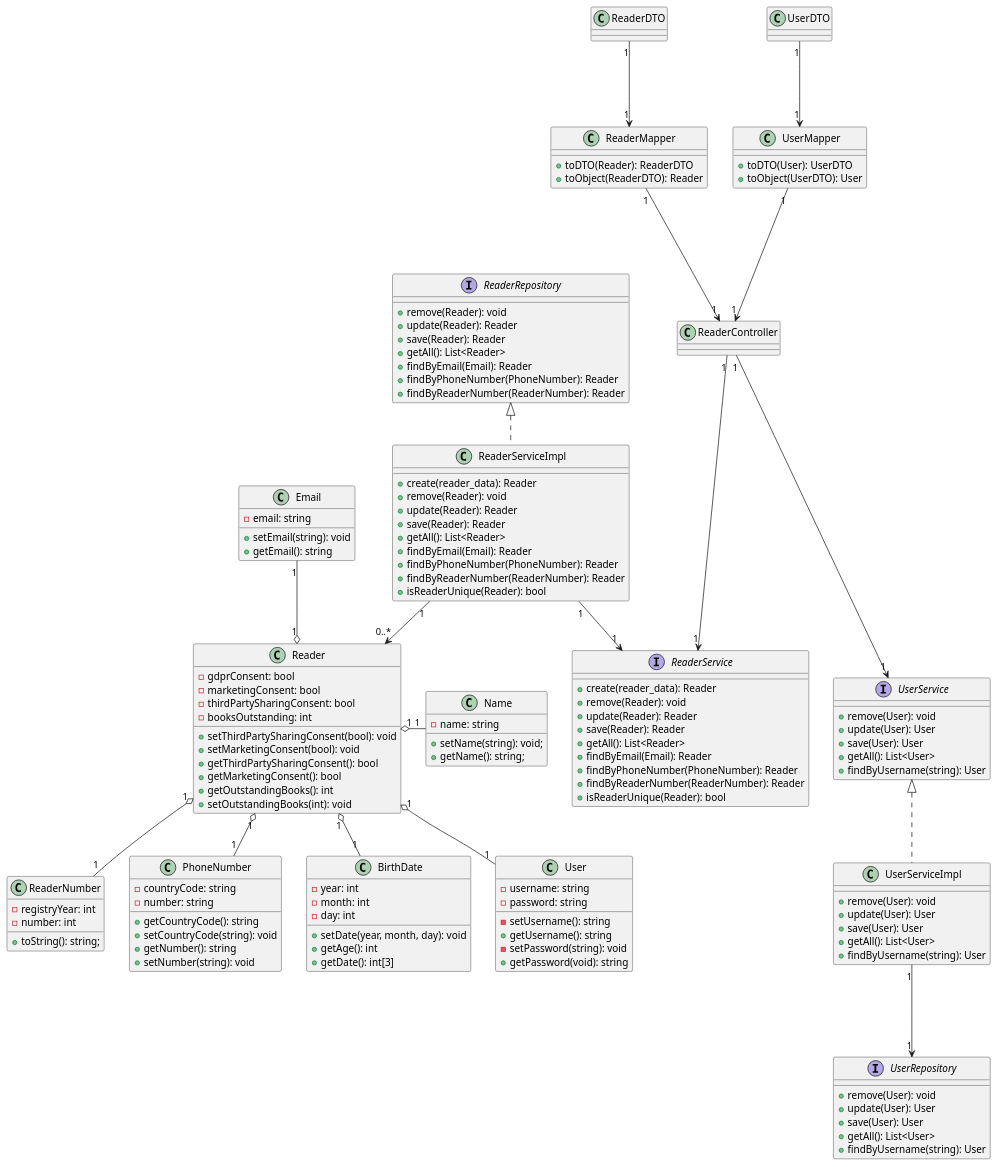
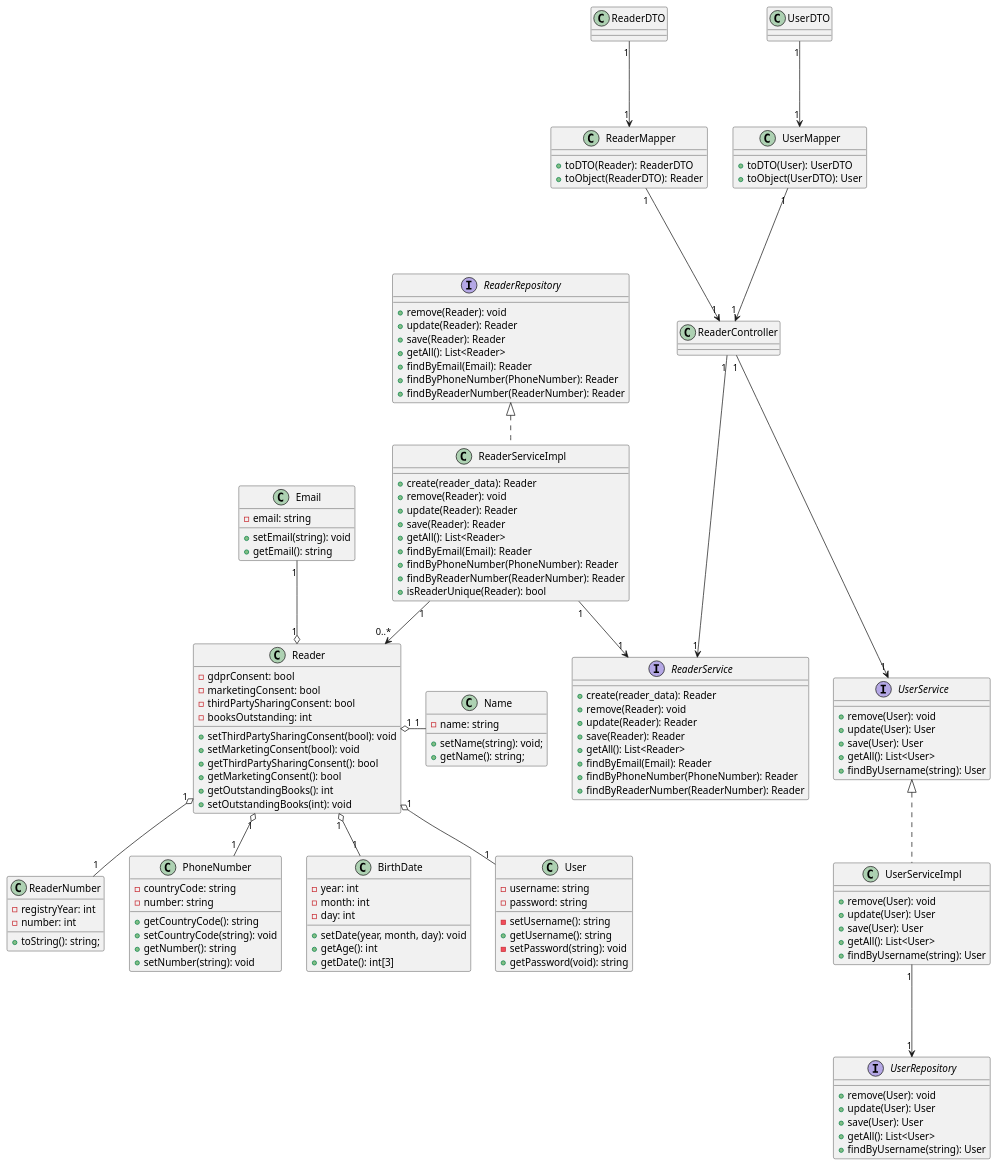
The diagram in Docs/Phase1/WP3A-Readers/WP3A-Readers-CD.puml (rutemf/1220944_1220772_G01), drawn with PlantUML before and after one commit. The commit also changed 4 other files, not shown here.

Commit message:
Update to class diagram and beginning of ReaderRepository development

```diff
--- a/Docs/Phase1/WP3A-Readers/WP3A-Readers-CD.puml
+++ b/Docs/Phase1/WP3A-Readers/WP3A-Readers-CD.puml
@@ -1,166 +1,165 @@
 @startuml
 'https://plantuml.com/sequence-diagram
 
 interface ReaderRepository {
     + remove(Reader): void
     + update(Reader): Reader
     + save(Reader): Reader
     + getAll(): List<Reader>
     + findByEmail(Email): Reader
     + findByPhoneNumber(PhoneNumber): Reader
     + findByReaderNumber(ReaderNumber): Reader
 }
 
 /'class ReaderFactory {
     + create: Reader
 }'/
 
 interface ReaderService {
     + create(reader_data): Reader
     + remove(Reader): void
     + update(Reader): Reader
     + save(Reader): Reader
     + getAll(): List<Reader>
     + findByEmail(Email): Reader
     + findByPhoneNumber(PhoneNumber): Reader
     + findByReaderNumber(ReaderNumber): Reader
-    + isReaderUnique(Reader): bool
 }
 
 class ReaderServiceImpl implements ReaderRepository {
     + create(reader_data): Reader
     + remove(Reader): void
     + update(Reader): Reader
     + save(Reader): Reader
     + getAll(): List<Reader>
     + findByEmail(Email): Reader
     + findByPhoneNumber(PhoneNumber): Reader
     + findByReaderNumber(ReaderNumber): Reader
     + isReaderUnique(Reader): bool
 }
 
 class ReaderController {
 }
 
 class Reader {
     - gdprConsent: bool
     - marketingConsent: bool
     - thirdPartySharingConsent: bool
     - booksOutstanding: int
     + setThirdPartySharingConsent(bool): void
     + setMarketingConsent(bool): void
     + getThirdPartySharingConsent(): bool
     + getMarketingConsent(): bool
     + getOutstandingBooks(): int
     /'Min: 0 | Max: 3'/
     + setOutstandingBooks(int): void
 }
 
 class Name {
     - name: string
     + setName(string): void;
     + getName(): string;
 }
 
 class ReaderNumber {
     - registryYear: int
     - number: int
     + toString(): string;
 }
 
 class Email {
     - email: string
     + setEmail(string): void
     + getEmail(): string
 }
 
 class PhoneNumber {
     - countryCode: string
     - number: string
     + getCountryCode(): string
     + setCountryCode(string): void
     + getNumber(): string
     + setNumber(string): void
 }
 
 class BirthDate {
     - year: int
     - month: int
     - day: int
     + setDate(year, month, day): void
     + getAge(): int
     + getDate(): int[3]
 }
 
 class User {
     - username: string
     /'TODO: Falta obter resposta do prof quando à alteração do username. Para já, fica o método como privado e é chamado unicamente no construtor'/
     - setUsername(): string
     + getUsername(): string
     - password: string
     /'TODO: Falta obter resposta do professor, no moodle, quando à possibilidade da password ser alterada pelo Reader. Método, para já, privado e chamado unicamente no construtor'/
     - setPassword(string): void
     + getPassword(void): string
 }
 
 interface UserRepository {
     + remove(User): void
     + update(User): User
     + save(User): User
     + getAll(): List<User>
     + findByUsername(string): User
 }
 
 interface UserService {
     + remove(User): void
     + update(User): User
     + save(User): User
     + getAll(): List<User>
     + findByUsername(string): User
 }
 
 class UserServiceImpl implements UserService {
     + remove(User): void
     + update(User): User
     + save(User): User
     + getAll(): List<User>
     + findByUsername(string): User
 }
 
 class ReaderMapper {
     + toDTO(Reader): ReaderDTO
     + toObject(ReaderDTO): Reader
 }
 
 class ReaderDTO {}
 
 class UserDTO {}
 
 class UserMapper {
     + toDTO(User): UserDTO
     + toObject(UserDTO): User
 }
 
 UserServiceImpl "1" ---> "1" UserRepository
 ReaderDTO "1" ---> "1" ReaderMapper
 
 ReaderMapper "1" ---> "1" ReaderController
 
 UserDTO "1" ---> "1" UserMapper
 UserMapper "1" ---> "1" ReaderController
 
 ReaderController "1" ---> "1" ReaderService
 ReaderController "1" ---> "1" UserService
 Reader "1" o-down- "1" User
 Reader "1" o- "1" Name
 Reader "1" o-down- "1" ReaderNumber
 Reader "1" o-up- "1" Email
 Reader "1" o-down- "1" PhoneNumber
 Reader "1" o-down- "1" BirthDate
 'ReaderFactory "1" -> "1" ReaderRepository
 'ReaderService "1" -up-> "1" ReaderFactory
 ReaderServiceImpl "1" --> "0..*" Reader
 ReaderServiceImpl "1" --> "1" ReaderService
 
 
 @enduml
```
